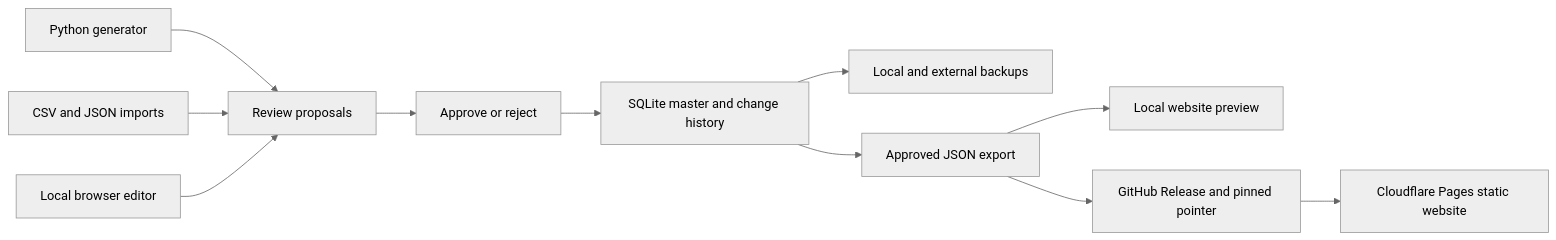
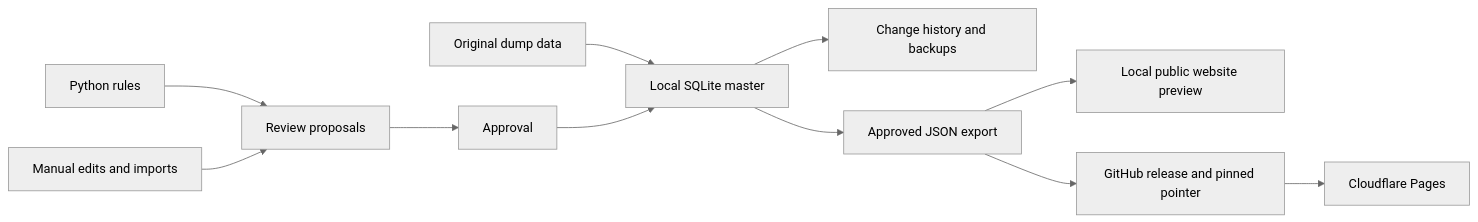
One commit to okandale/Lazverbcon changed the diagram in docs/architecture.md. Above: the diagram before and after it, drawn with Mermaid (neutral theme). The commit also changed other lines of this file and 26 other files, not shown here.

````diff
--- a/docs/architecture.md
+++ b/docs/architecture.md
@@ -68,13 +14,13 @@
 ```mermaid
 flowchart LR
-    Engine[Python generator] --> Proposals[Review proposals]
-    Imports[CSV and JSON imports] --> Proposals
-    Editor[Local browser editor] --> Proposals
-    Proposals --> Approval[Approve or reject]
-    Approval --> Master[SQLite master and change history]
-    Master --> Backups[Local and external backups]
+    Dump[Original dump data] --> Master[Local SQLite master]
+    Rules[Python rules] --> Proposals[Review proposals]
+    Imports[Manual edits and imports] --> Proposals
+    Proposals --> Approval[Approval]
+    Approval --> Master
+    Master --> History[Change history and backups]
     Master --> Export[Approved JSON export]
-    Export --> Preview[Local website preview]
-    Export --> Release[GitHub Release and pinned pointer]
-    Release --> Pages[Cloudflare Pages static website]
+    Export --> Preview[Local public website preview]
+    Export --> GitHub[GitHub release and pinned pointer]
+    GitHub --> Pages[Cloudflare Pages]
 ```
````
